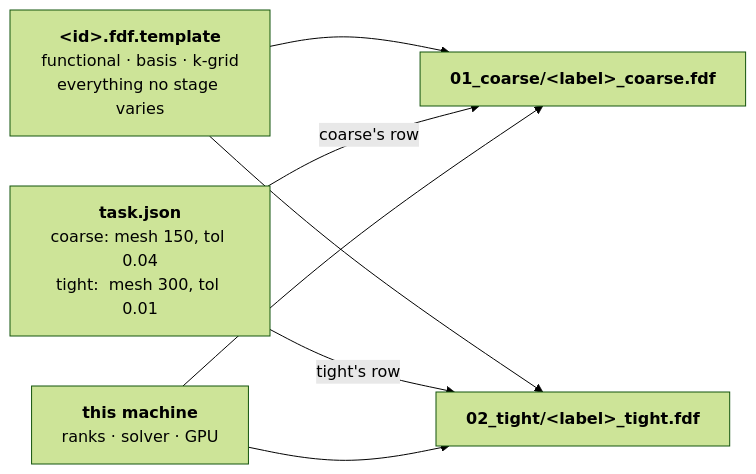
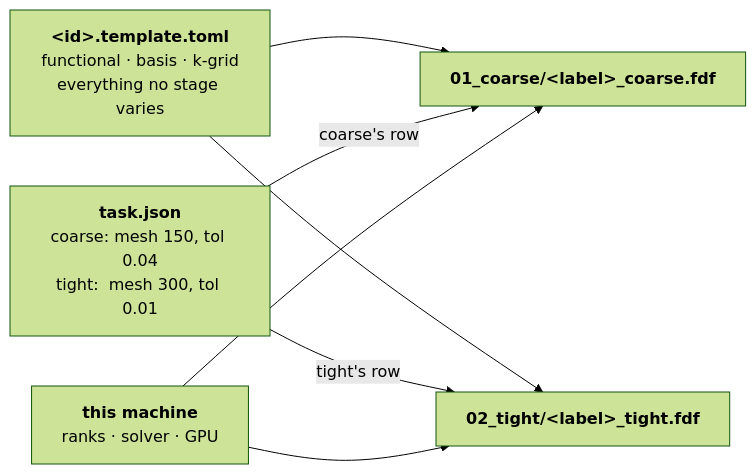
The diagram in docs/engines/stages.md (Qing-LAB/molbuilder), drawn with Mermaid (forest theme) before and after one commit. The commit also changed other lines of this file and 16 other files, not shown here.

First line of the commit message:
docs(template): the template gets its own contract, in engines/, and stops being an .fdf

````diff
--- a/docs/engines/stages.md
+++ b/docs/engines/stages.md
@@ -1006,14 +1005,14 @@
 ```mermaid
 flowchart LR
-    T["<b>&lt;id&gt;.fdf.template</b><br/>functional · basis · k-grid<br/>everything no stage varies"]
+    T["<b>&lt;id&gt;.template.toml</b><br/>functional · basis · k-grid<br/>everything no stage varies"]
     J["<b>task.json</b><br/>coarse: mesh 150, tol 0.04<br/>tight:  mesh 300, tol 0.01"]
     M["<b>this machine</b><br/>ranks · solver · GPU"]
     DC["<b>01_coarse/&lt;label&gt;_coarse.fdf</b>"]
     DT["<b>02_tight/&lt;label&gt;_tight.fdf</b>"]
     T --> DC
     T --> DT
     J -->|"coarse's row"| DC
     J -->|"tight's row"| DT
     M --> DC
     M --> DT
 ```
````
